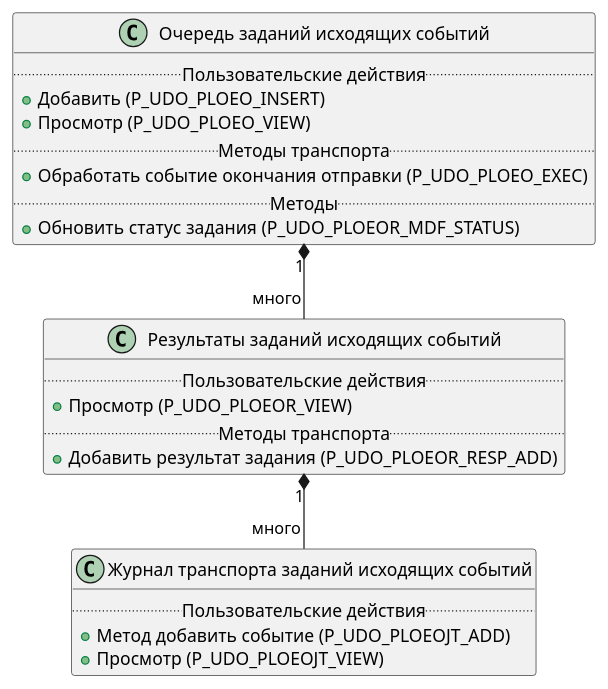
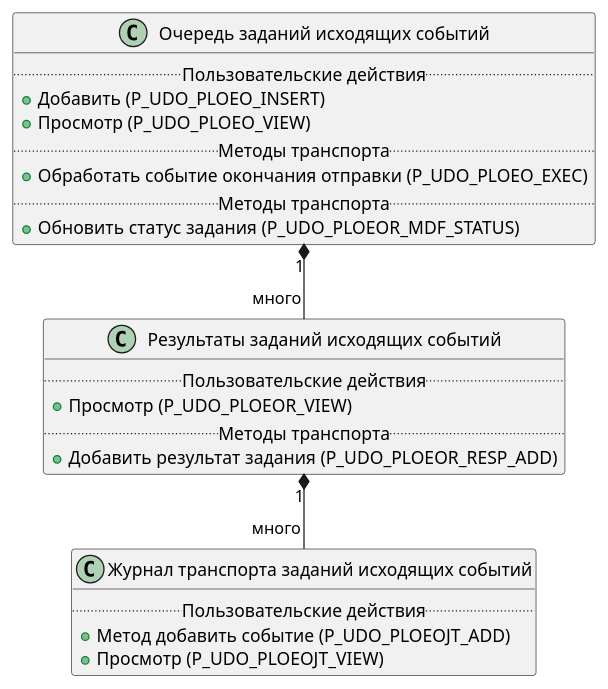
Before and after one commit to citpb/platform-astral-schemes: the diagram in udo_ploeo_classes.puml, drawn with PlantUML.

```diff
--- a/udo_ploeo_classes.puml
+++ b/udo_ploeo_classes.puml
@@ -1,29 +1,29 @@
 @startuml
 
  class "Очередь заданий исходящих событий" as MasterClass {
  ..Пользовательские действия..
  {method}+Добавить (P_UDO_PLOEO_INSERT)
  {method}+Просмотр (P_UDO_PLOEO_VIEW)
  ..Методы транспорта..
  {method}+Обработать событие окончания отправки (P_UDO_PLOEO_EXEC)
- ..Методы..
+ ..Методы транспорта..
  {method}+Обновить статус задания (P_UDO_PLOEOR_MDF_STATUS)
  }
 
  class "Результаты заданий исходящих событий" as SpecClass1 {
  ..Пользовательские действия..
  {method}+Просмотр (P_UDO_PLOEOR_VIEW)
  ..Методы транспорта..
  {method}+Добавить результат задания (P_UDO_PLOEOR_RESP_ADD)
  }
 
  class "Журнал транспорта заданий исходящих событий" as SpecClass2 {
  ..Пользовательские действия..
  {method}+Метод добавить событие (P_UDO_PLOEOJT_ADD)
  {method}+Просмотр (P_UDO_PLOEOJT_VIEW)
  }
 
  MasterClass "1" *-- "много" SpecClass1
  SpecClass1 "1" *-- "много" SpecClass2
 
  @enduml
```
